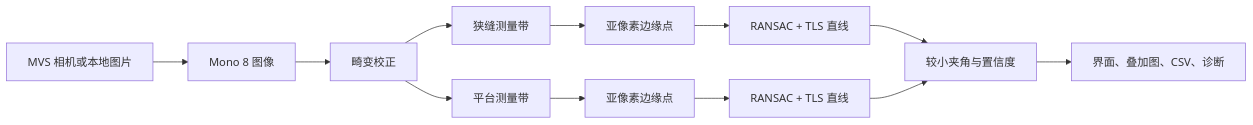
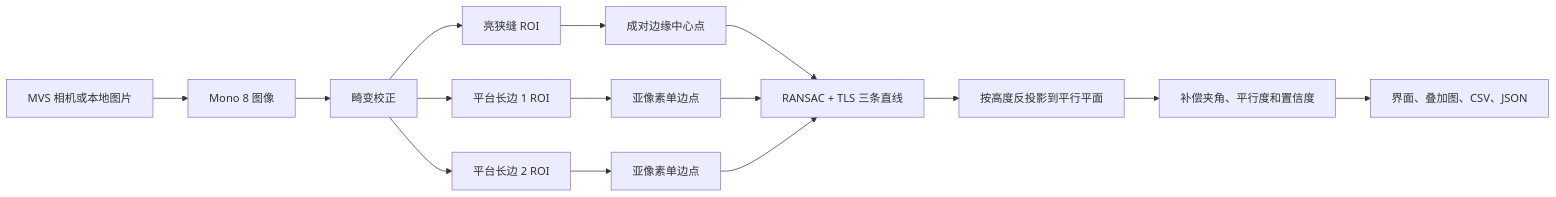
One commit to Lzzzzfb/Machine-Vision-Project changed the diagram in docs/knowledge-base/README.md. Above: the diagram before and after it, drawn with Mermaid. The commit also changed other lines of this file and 31 other files, not shown here.

````diff
--- a/docs/knowledge-base/README.md
+++ b/docs/knowledge-base/README.md
@@ -30,14 +30,17 @@
 ```mermaid
 flowchart LR
     A["MVS 相机或本地图片"] --> B["Mono 8 图像"]
     B --> C["畸变校正"]
-    C --> D1["狭缝测量带"]
-    C --> D2["平台测量带"]
-    D1 --> E1["亚像素边缘点"]
-    D2 --> E2["亚像素边缘点"]
-    E1 --> F1["RANSAC + TLS 直线"]
-    E2 --> F2["RANSAC + TLS 直线"]
-    F1 --> G["较小夹角与置信度"]
-    F2 --> G
-    G --> H["界面、叠加图、CSV、诊断"]
+    C --> D1["亮狭缝 ROI"]
+    C --> D2["平台长边 1 ROI"]
+    C --> D3["平台长边 2 ROI"]
+    D1 --> E1["成对边缘中心点"]
+    D2 --> E2["亚像素单边点"]
+    D3 --> E3["亚像素单边点"]
+    E1 --> F["RANSAC + TLS 三条直线"]
+    E2 --> F
+    E3 --> F
+    F --> G["按高度反投影到平行平面"]
+    G --> H["补偿夹角、平行度和置信度"]
+    H --> I["界面、叠加图、CSV、JSON"]
 ```
````
